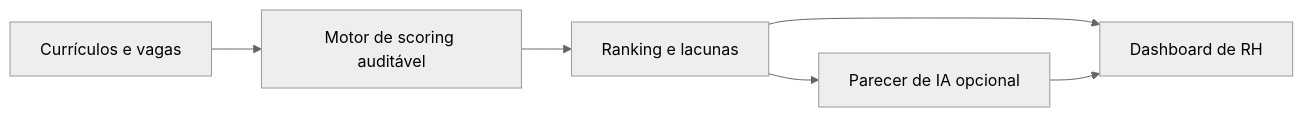
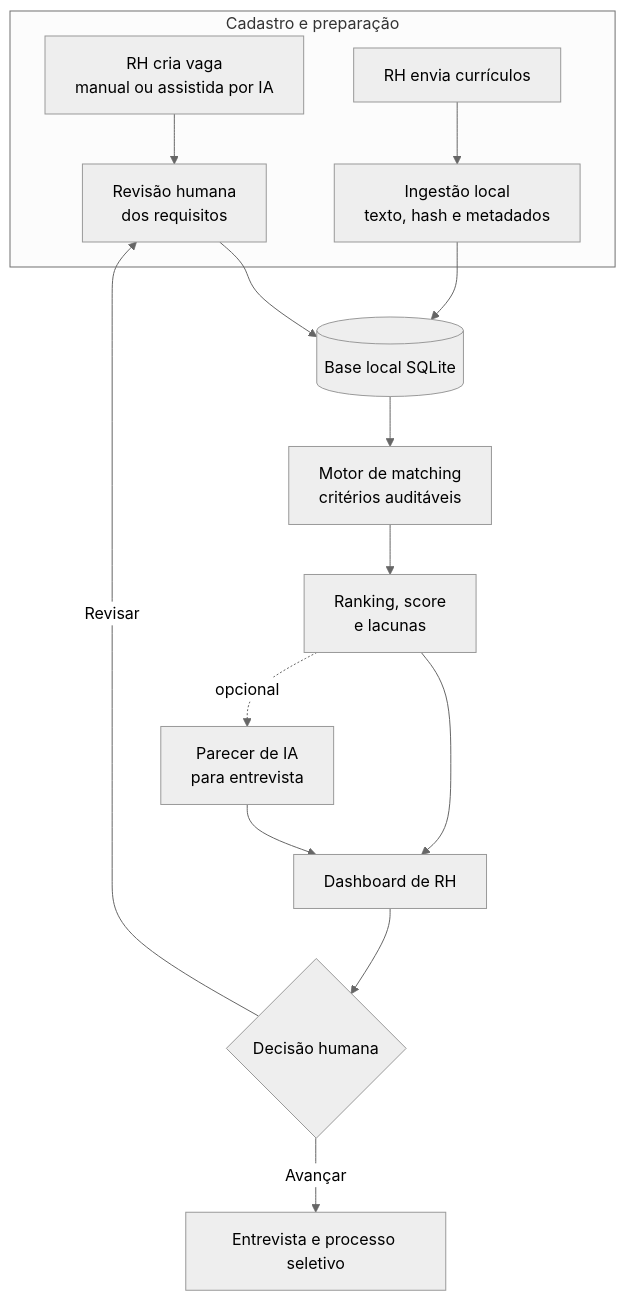
One commit to IsraelSoaresDAurelio/projeto-rh-inteligente changed the diagram in README.md. Above: the diagram before and after it, drawn with Mermaid (neutral theme). The commit also changed other lines of this file, not shown here.

````diff
--- a/README.md
+++ b/README.md
@@ -21,8 +22,19 @@
 ```mermaid
-flowchart LR
-    A[Currículos e vagas] --> B[Motor de scoring auditável]
-    B --> C[Ranking e lacunas]
-    C --> D[Parecer de IA opcional]
-    C --> E[Dashboard de RH]
-    D --> E
+flowchart TB
+    subgraph Cadastro[Cadastro e preparação]
+        V[RH cria vaga<br/>manual ou assistida por IA] --> R[Revisão humana<br/>dos requisitos]
+        C[RH envia currículos] --> I[Ingestão local<br/>texto, hash e metadados]
+    end
+
+    R --> B[(Base local SQLite)]
+    I --> B
+    B --> M[Motor de matching<br/>critérios auditáveis]
+    M --> K[Ranking, score<br/>e lacunas]
+
+    K --> D[Dashboard de RH]
+    K -. opcional .-> P[Parecer de IA<br/>para entrevista]
+    P --> D
+    D --> H{Decisão humana}
+    H -->|Avançar| E[Entrevista e processo seletivo]
+    H -->|Revisar| R
 ```
````
